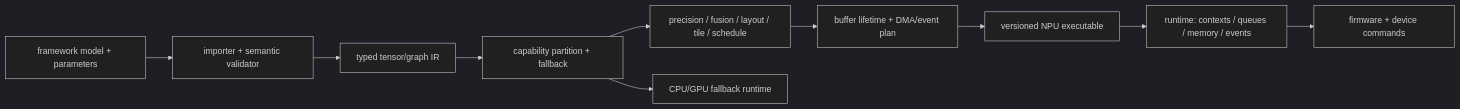
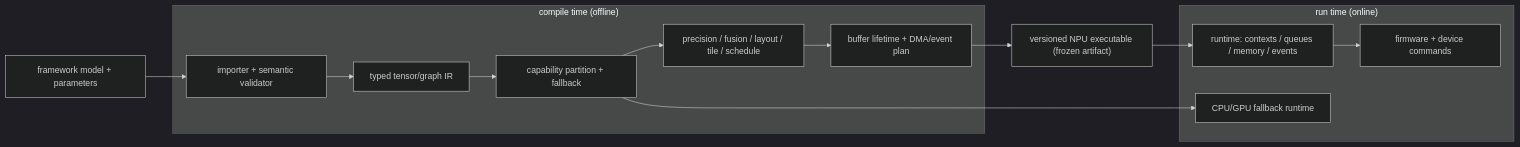
Before and after one commit to Wty2003328/silicon-design-notebook: the first of 5 diagrams in 01_Architecture_and_PPA/03_NPU_Architecture/05_AI_Workloads_and_Serving/04_NPU_Compiler_Runtime_and_Executable_Implementation_Blueprint.md, drawn with Mermaid (dark theme). The commit also changed other lines of this file and 7 other files, not shown here.

Commit message:
Ch01 NPU (mapping/system/sim/AI-serving): quantization/sparsity/roofline/fusion/autotuning worked examples + HOW-diagrams (quant datapath, decoupled AE, host command path, mapper, fusion, serving, profiling loop, compiler stack) across 8 files. Additive.

```diff
--- a/01_Architecture_and_PPA/03_NPU_Architecture/05_AI_Workloads_and_Serving/04_NPU_Compiler_Runtime_and_Executable_Implementation_Blueprint.md
+++ b/01_Architecture_and_PPA/03_NPU_Architecture/05_AI_Workloads_and_Serving/04_NPU_Compiler_Runtime_and_Executable_Implementation_Blueprint.md
@@ -13,12 +15,17 @@
 ~~~mermaid
 flowchart LR
-    FW["framework model + parameters"] --> IMP["importer + semantic validator"]
-    IMP --> IR["typed tensor/graph IR"]
-    IR --> PART["capability partition + fallback"]
-    PART --> OPT["precision / fusion / layout / tile / schedule"]
-    OPT --> MEM["buffer lifetime + DMA/event plan"]
-    MEM --> EXE["versioned NPU executable"]
-    EXE --> RT["runtime: contexts / queues / memory / events"]
-    RT --> NPU["firmware + device commands"]
-    PART --> HOST["CPU/GPU fallback runtime"]
+    FW["framework model + parameters"] --> IMP
+    subgraph CT["compile time (offline)"]
+        IMP["importer + semantic validator"] --> IR["typed tensor/graph IR"]
+        IR --> PART["capability partition + fallback"]
+        PART --> OPT["precision / fusion / layout / tile / schedule"]
+        OPT --> MEM["buffer lifetime + DMA/event plan"]
+    end
+    MEM --> EXE["versioned NPU executable (frozen artifact)"]
+    subgraph RUN["run time (online)"]
+        RT["runtime: contexts / queues / memory / events"] --> NPU["firmware + device commands"]
+        HOST["CPU/GPU fallback runtime"]
+    end
+    EXE --> RT
+    PART --> HOST
 ~~~
```
